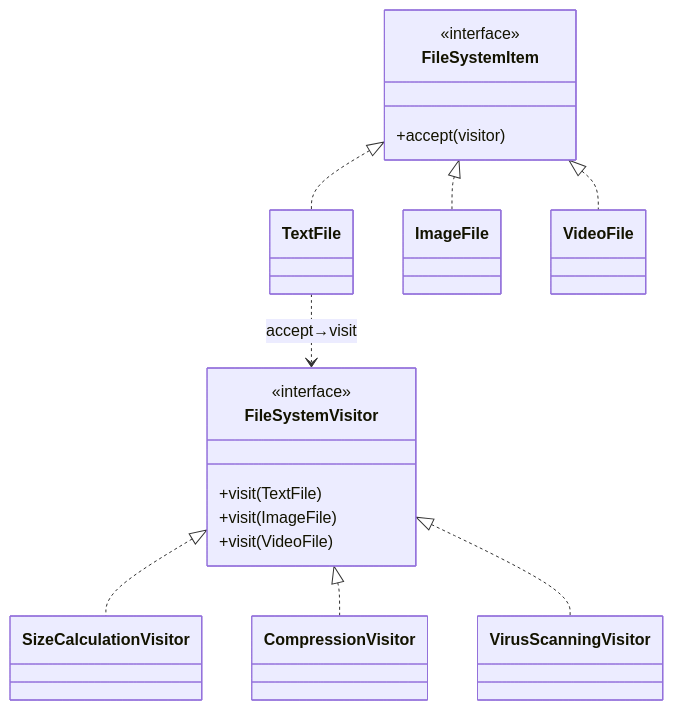
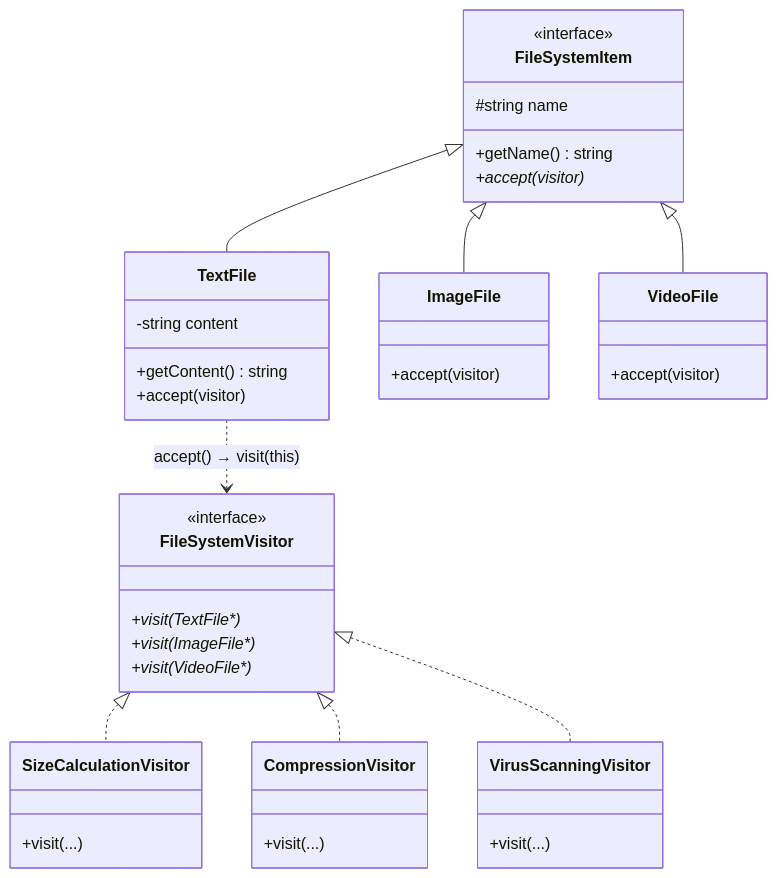
One commit to subhm2004/LLD changed the first of 2 diagrams in L38 Visitor_design_pattern/README.md. Above: the diagram before and after it, drawn with Mermaid. The commit also changed other lines of this file and 3 other files, not shown here.

````diff
--- a/L38 Visitor_design_pattern/README.md
+++ b/L38 Visitor_design_pattern/README.md
@@ -233,27 +400,33 @@
 ```mermaid
 classDiagram
     class FileSystemItem {
         <<interface>>
-        +accept(visitor)
+        #string name
+        +getName() string
+        +accept(visitor)*
     }
     class FileSystemVisitor {
         <<interface>>
-        +visit(TextFile)
-        +visit(ImageFile)
-        +visit(VideoFile)
+        +visit(TextFile*)*
+        +visit(ImageFile*)*
+        +visit(VideoFile*)*
     }
-    class TextFile
-    class ImageFile
-    class VideoFile
-    class SizeCalculationVisitor
-    class CompressionVisitor
-    class VirusScanningVisitor
+    class TextFile {
+        -string content
+        +getContent() string
+        +accept(visitor)
+    }
+    class ImageFile { +accept(visitor) }
+    class VideoFile { +accept(visitor) }
+    class SizeCalculationVisitor { +visit(...) }
+    class CompressionVisitor { +visit(...) }
+    class VirusScanningVisitor { +visit(...) }
 
-    FileSystemItem <|.. TextFile
-    FileSystemItem <|.. ImageFile
-    FileSystemItem <|.. VideoFile
+    FileSystemItem <|-- TextFile
+    FileSystemItem <|-- ImageFile
+    FileSystemItem <|-- VideoFile
     FileSystemVisitor <|.. SizeCalculationVisitor
     FileSystemVisitor <|.. CompressionVisitor
     FileSystemVisitor <|.. VirusScanningVisitor
-    TextFile ..> FileSystemVisitor : accept→visit
+    TextFile ..> FileSystemVisitor : accept() → visit(this)
 ```
````
